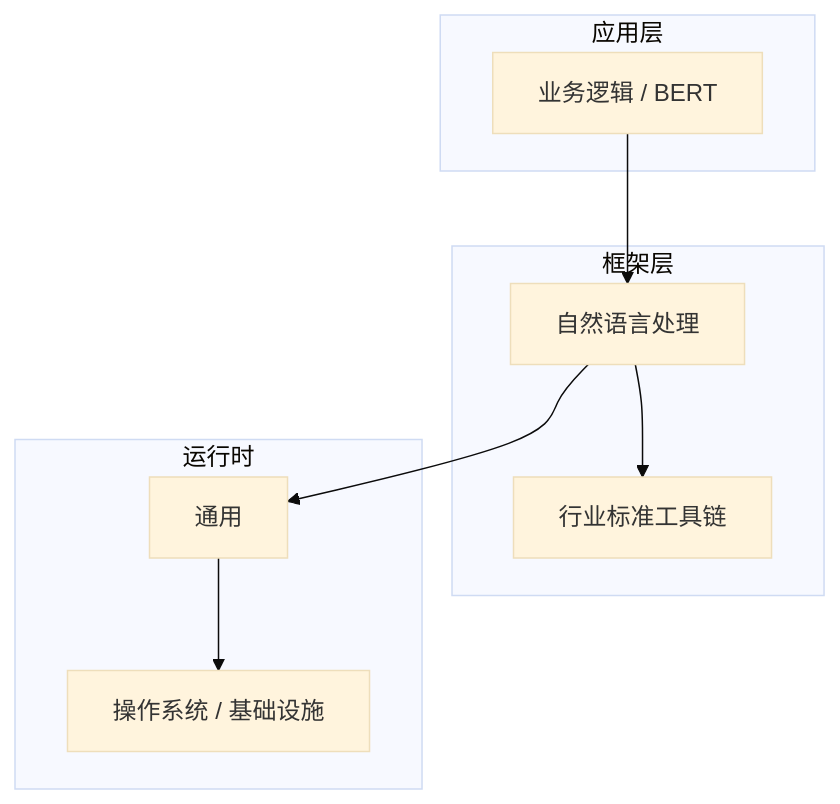
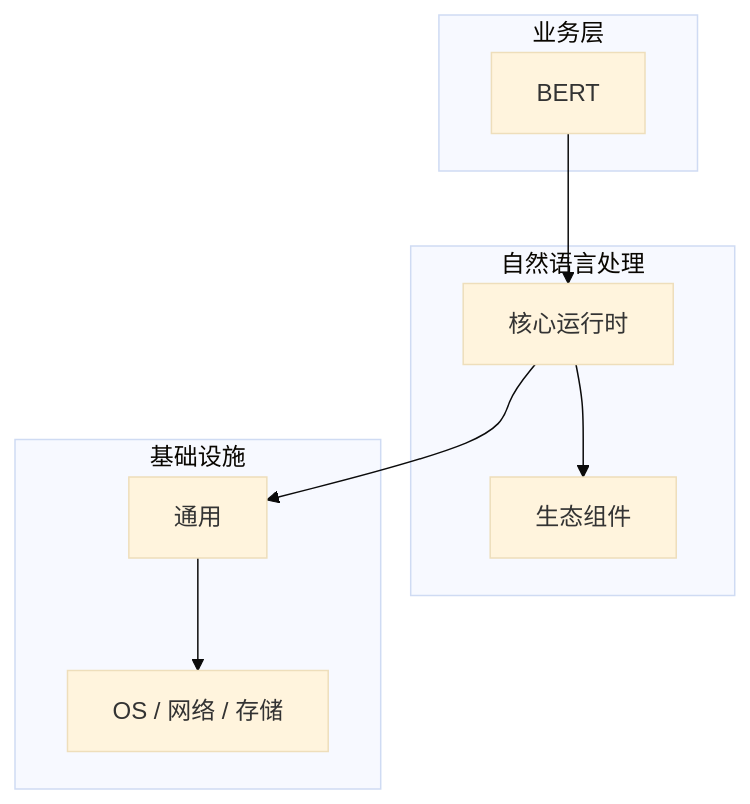
One commit to yanggan2015/knowledge-json-v2 changed the diagram in articles/自然语言处理/chapters/081-BERT核心概念与原理.md. Above: the diagram before and after it, drawn with Mermaid (base theme). The commit also changed other lines of this file and 10127 other files, not shown here.

````diff
--- a/articles/自然语言处理/chapters/081-BERT核心概念与原理.md
+++ b/articles/自然语言处理/chapters/081-BERT核心概念与原理.md
@@ -45,18 +30,18 @@
 ```mermaid
 graph TB
-    subgraph 应用层
-        A[业务逻辑 / BERT]
+    subgraph 业务层
+        A[BERT]
     end
-    subgraph 框架层
-        B[自然语言处理]
-        C[行业标准工具链]
+    subgraph 自然语言处理
+        B[核心运行时]
+        C[生态组件]
     end
-    subgraph 运行时
+    subgraph 基础设施
         D[通用]
-        E[操作系统 / 基础设施]
+        E[OS / 网络 / 存储]
     end
     A --> B
     B --> C
     B --> D
     D --> E
 ```
````
